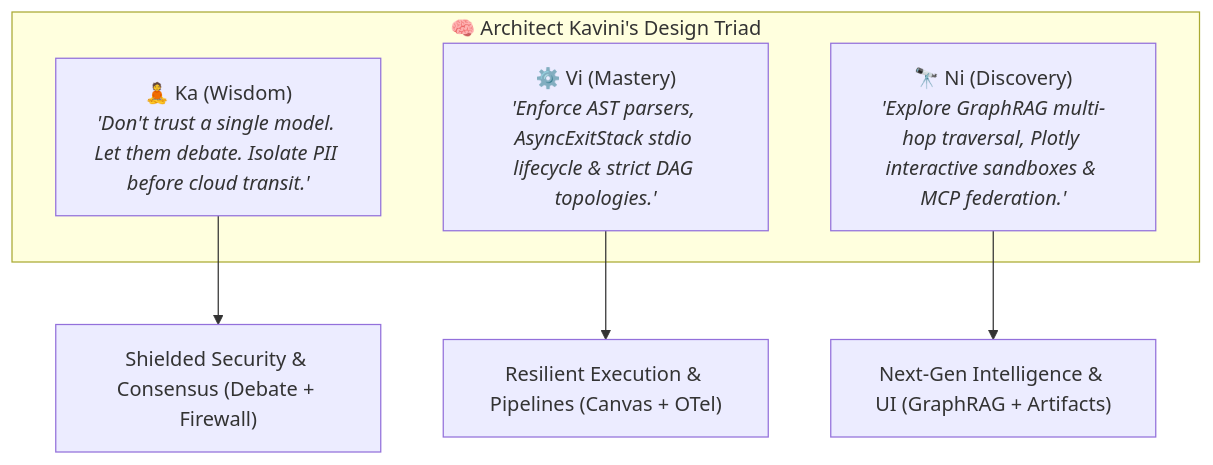
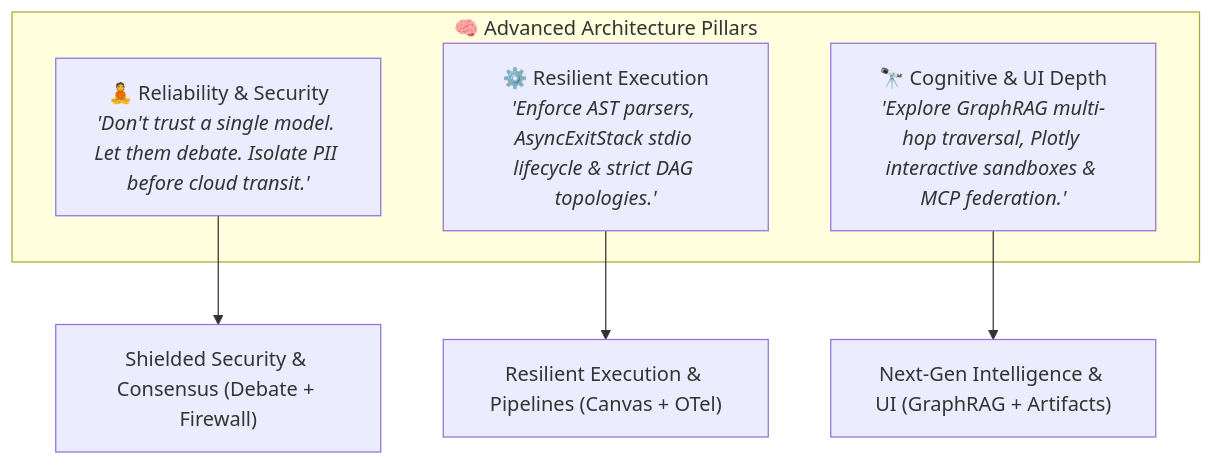
Before and after one commit to vdonthireddy/agentic-ai: diagram 27 of 29 in BUILD_YOUR_OWN_AGENTIC_AI.md, drawn with Mermaid. The commit also changed other lines of this file and 2 other files, not shown here.

Commit message:
docs: remove Kavini persona and standardize authorship to Vijay Donthireddy

````diff
--- a/BUILD_YOUR_OWN_AGENTIC_AI.md
+++ b/BUILD_YOUR_OWN_AGENTIC_AI.md
@@ -3408,12 +3396,12 @@
 ```mermaid
 flowchart TD
-    subgraph KaviniMindset["🧠 Architect Kavini's Design Triad"]
-        Ka["🧘 Ka (Wisdom)<br/><i>'Don't trust a single model. Let them debate. Isolate PII before cloud transit.'</i>"]
-        Vi["⚙️ Vi (Mastery)<br/><i>'Enforce AST parsers, AsyncExitStack stdio lifecycle & strict DAG topologies.'</i>"]
-        Ni["🔭 Ni (Discovery)<br/><i>'Explore GraphRAG multi-hop traversal, Plotly interactive sandboxes & MCP federation.'</i>"]
+    subgraph DesignPillars["🧠 Advanced Architecture Pillars"]
+        Ka["🧘 Reliability & Security<br/><i>'Don't trust a single model. Let them debate. Isolate PII before cloud transit.'</i>"]
+        Vi["⚙️ Resilient Execution<br/><i>'Enforce AST parsers, AsyncExitStack stdio lifecycle & strict DAG topologies.'</i>"]
+        Ni["🔭 Cognitive & UI Depth<br/><i>'Explore GraphRAG multi-hop traversal, Plotly interactive sandboxes & MCP federation.'</i>"]
     end
     
     Ka --> SysSec["Shielded Security & Consensus (Debate + Firewall)"]
     Vi --> SysRes["Resilient Execution & Pipelines (Canvas + OTel)"]
     Ni --> SysCog["Next-Gen Intelligence & UI (GraphRAG + Artifacts)"]
 ```
````
